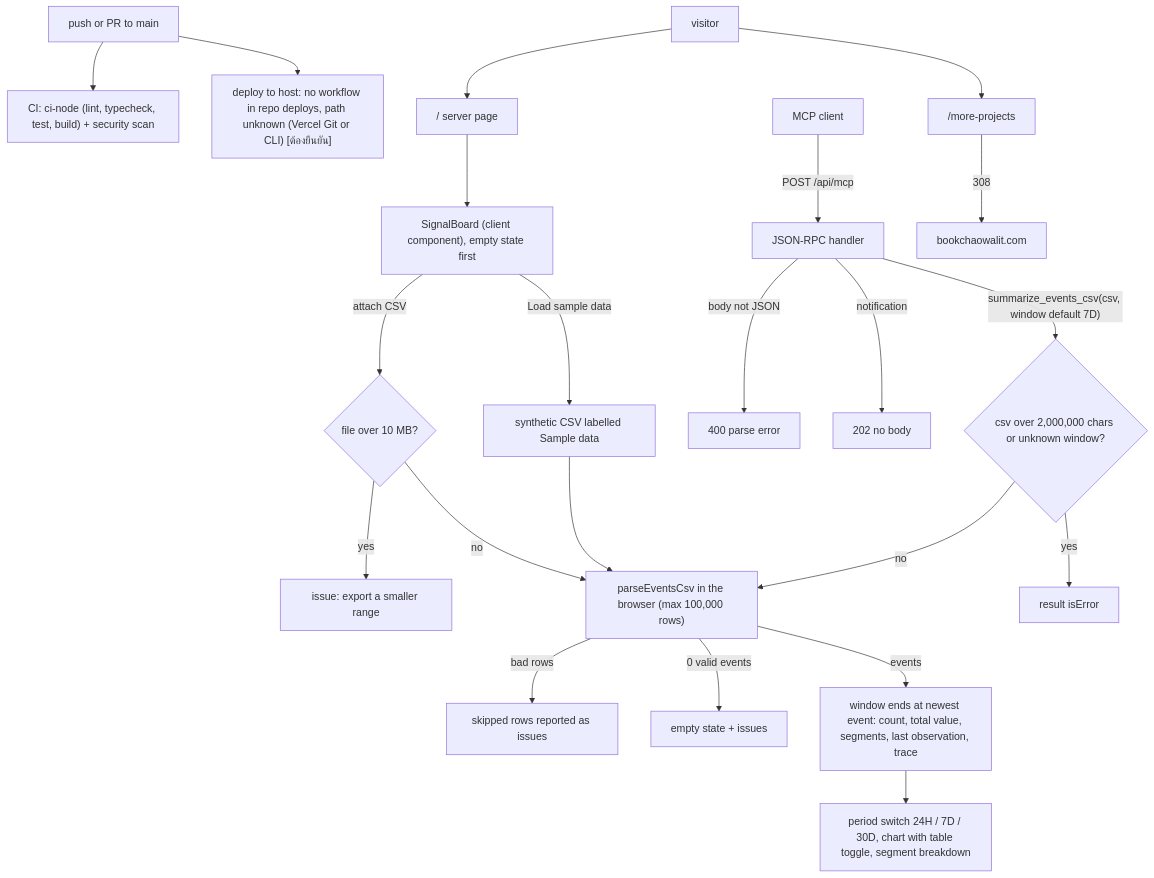
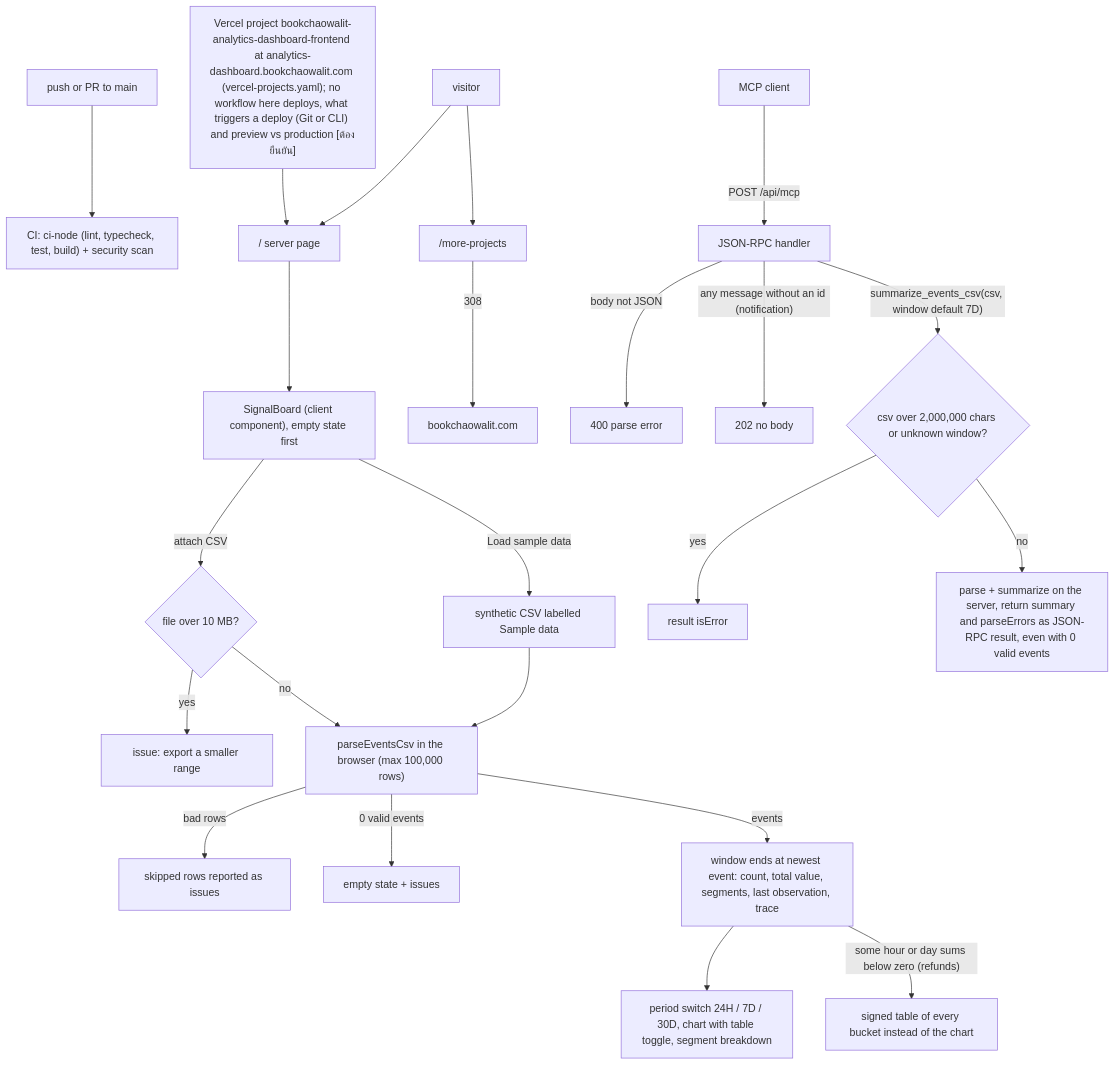
Before and after one commit to bookchaowalit-ai/data-analytics-dashboard-web: the first of 2 diagrams in docs/diagrams/01-business-process.md, drawn with Mermaid. The commit also changed other lines of this file, not shown here.

````diff
--- a/docs/diagrams/01-business-process.md
+++ b/docs/diagrams/01-business-process.md
@@ -9,23 +9,24 @@
 ```mermaid
 flowchart TD
   DEV["push or PR to main"] --> CI["CI: ci-node (lint, typecheck, test, build) + security scan"]
-  DEV --> DEPLOY["deploy to host: no workflow in repo deploys, path unknown (Vercel Git or CLI) [ต้องยืนยัน]"]
+  DEPLOY["Vercel project bookchaowalit-analytics-dashboard-frontend at analytics-dashboard.bookchaowalit.com (vercel-projects.yaml); no workflow here deploys, what triggers a deploy (Git or CLI) and preview vs production [ต้องยืนยัน]"] --> PAGE
   VISITOR["visitor"] --> PAGE["/ server page"]
   PAGE --> BOARD["SignalBoard (client component), empty state first"]
   BOARD -->|"attach CSV"| SIZE{"file over 10 MB?"}
   SIZE -->|yes| BIG["issue: export a smaller range"]
   SIZE -->|no| PARSE["parseEventsCsv in the browser (max 100,000 rows)"]
   BOARD -->|"Load sample data"| SAMPLE["synthetic CSV labelled Sample data"]
   SAMPLE --> PARSE
   PARSE -->|"bad rows"| ISSUES["skipped rows reported as issues"]
   PARSE -->|"0 valid events"| EMPTY["empty state + issues"]
   PARSE -->|"events"| SUMMARY["window ends at newest event: count, total value, segments, last observation, trace"]
   SUMMARY --> VIEW["period switch 24H / 7D / 30D, chart with table toggle, segment breakdown"]
+  SUMMARY -->|"some hour or day sums below zero (refunds)"| SIGNED["signed table of every bucket instead of the chart"]
   AGENT["MCP client"] -->|"POST /api/mcp"| RPC["JSON-RPC handler"]
   RPC -->|"body not JSON"| E400["400 parse error"]
-  RPC -->|"notification"| R202["202 no body"]
+  RPC -->|"any message without an id (notification)"| R202["202 no body"]
   RPC -->|"summarize_events_csv(csv, window default 7D)"| TOOL{"csv over 2,000,000 chars or unknown window?"}
   TOOL -->|yes| TERR["result isError"]
-  TOOL -->|no| PARSE
+  TOOL -->|no| MCPSUM["parse + summarize on the server, return summary and parseErrors as JSON-RPC result, even with 0 valid events"]
   VISITOR --> OLD["/more-projects"] -->|"308"| HUB["bookchaowalit.com"]
 ```
````
